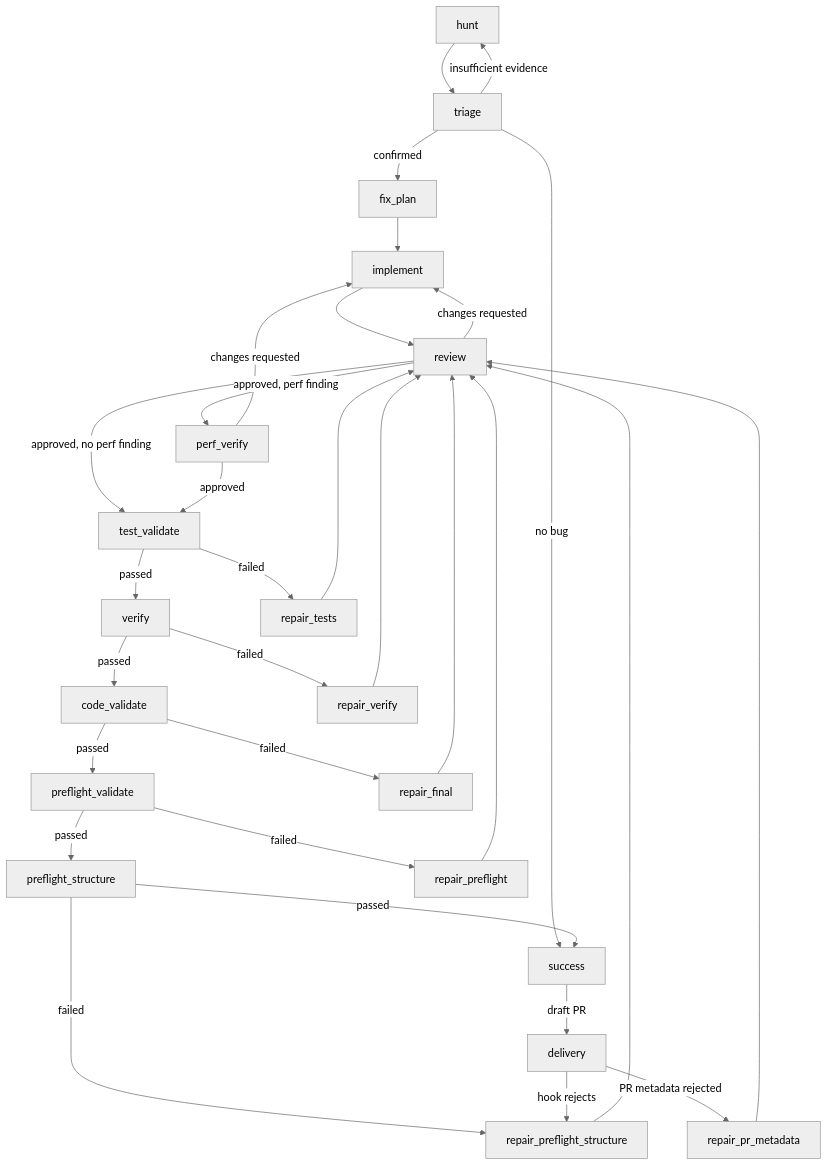
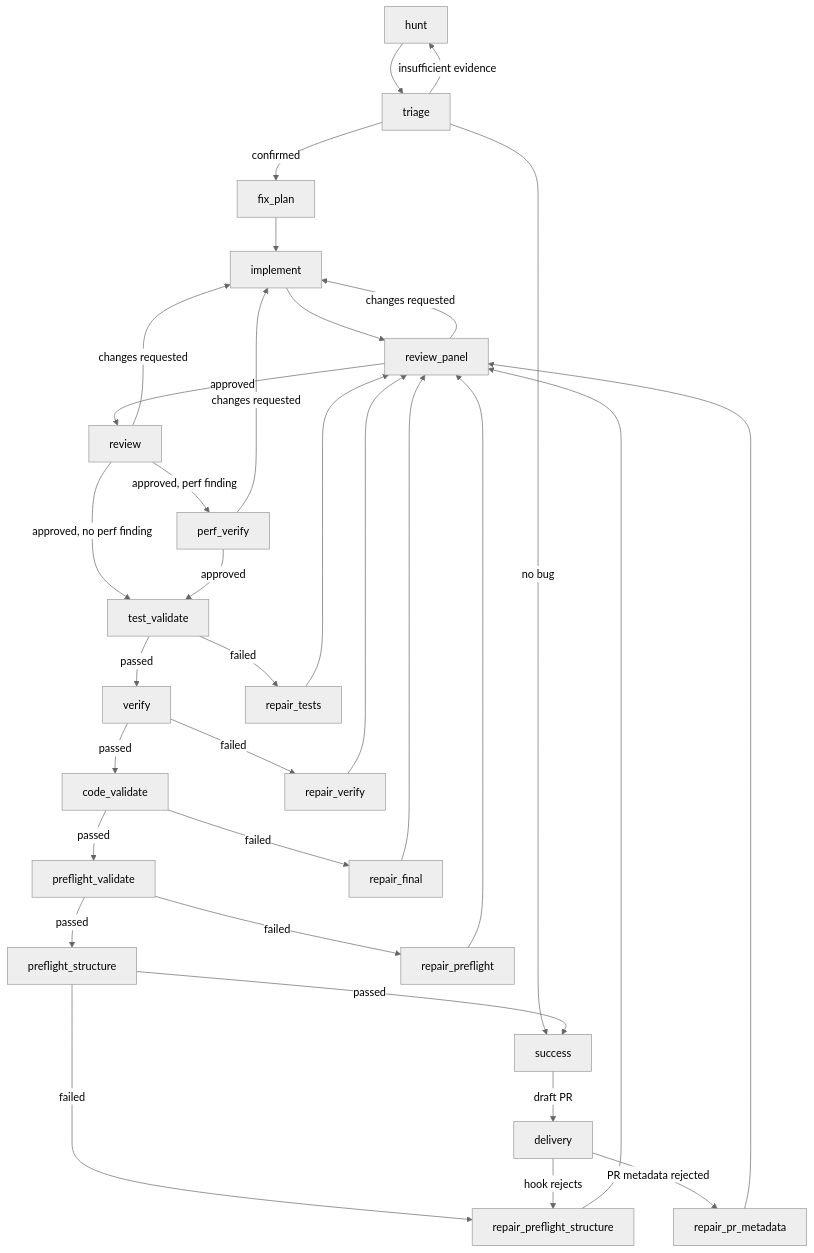
Before and after one commit to MiviaLabs/mivia-agent: the second of 2 diagrams in docs/product/workflows-guide.md, drawn with Mermaid (neutral theme). The commit also changed other lines of this file and 21 other files, not shown here.

````diff
--- a/docs/product/workflows-guide.md
+++ b/docs/product/workflows-guide.md
@@ -378,33 +378,35 @@
 ```mermaid
 flowchart TD
     hunt --> triage
     triage -->|confirmed| fix_plan
     triage -->|insufficient evidence| hunt
     triage -->|no bug| success
     fix_plan --> implement
-    implement --> review
+    implement --> review_panel
+    review_panel -->|approved| review
+    review_panel -->|changes requested| implement
     review -->|approved, perf finding| perf_verify
     review -->|approved, no perf finding| test_validate
     review -->|changes requested| implement
     perf_verify -->|approved| test_validate
     perf_verify -->|changes requested| implement
     test_validate -->|passed| verify
     test_validate -->|failed| repair_tests
     verify -->|passed| code_validate
     verify -->|failed| repair_verify
     code_validate -->|passed| preflight_validate
     code_validate -->|failed| repair_final
     preflight_validate -->|passed| preflight_structure
     preflight_validate -->|failed| repair_preflight
     preflight_structure -->|passed| success
     preflight_structure -->|failed| repair_preflight_structure
-    repair_tests --> review
-    repair_verify --> review
-    repair_final --> review
-    repair_preflight --> review
-    repair_preflight_structure --> review
-    repair_pr_metadata --> review
+    repair_tests --> review_panel
+    repair_verify --> review_panel
+    repair_final --> review_panel
+    repair_preflight --> review_panel
+    repair_preflight_structure --> review_panel
+    repair_pr_metadata --> review_panel
     success -->|draft PR| delivery
     delivery -->|hook rejects| repair_preflight_structure
     delivery -->|PR metadata rejected| repair_pr_metadata
 ```
````
